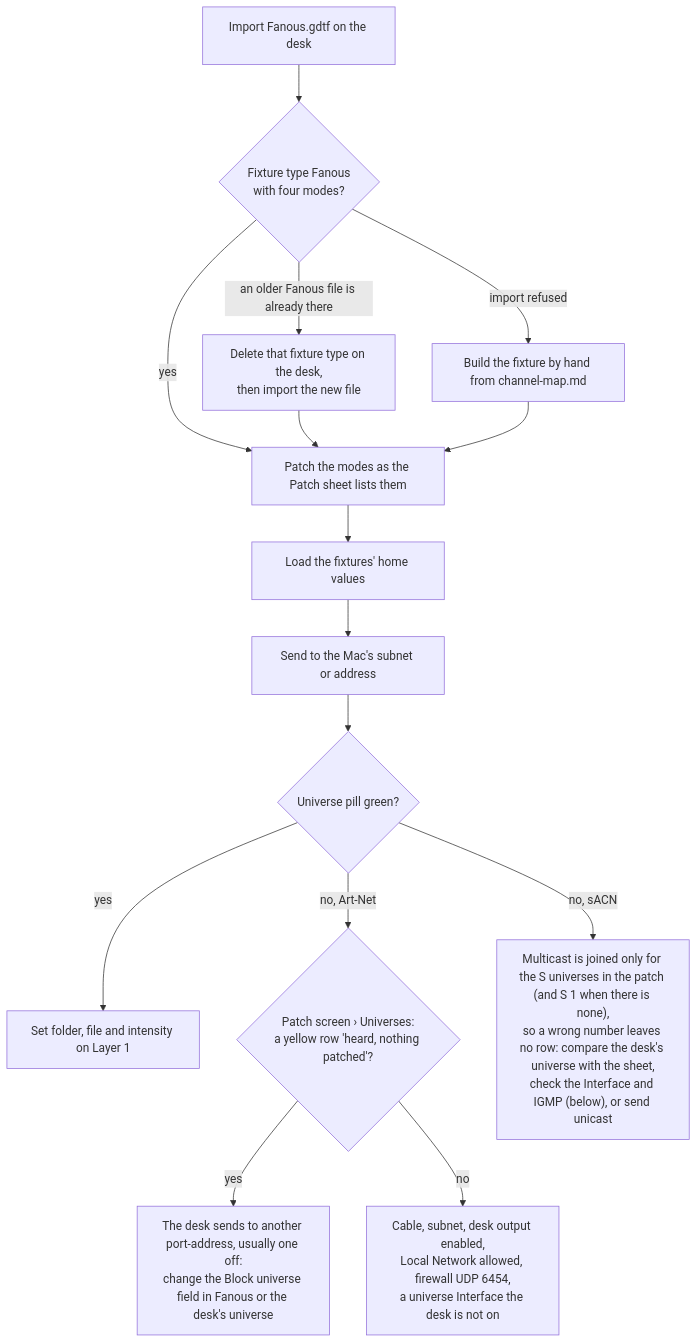
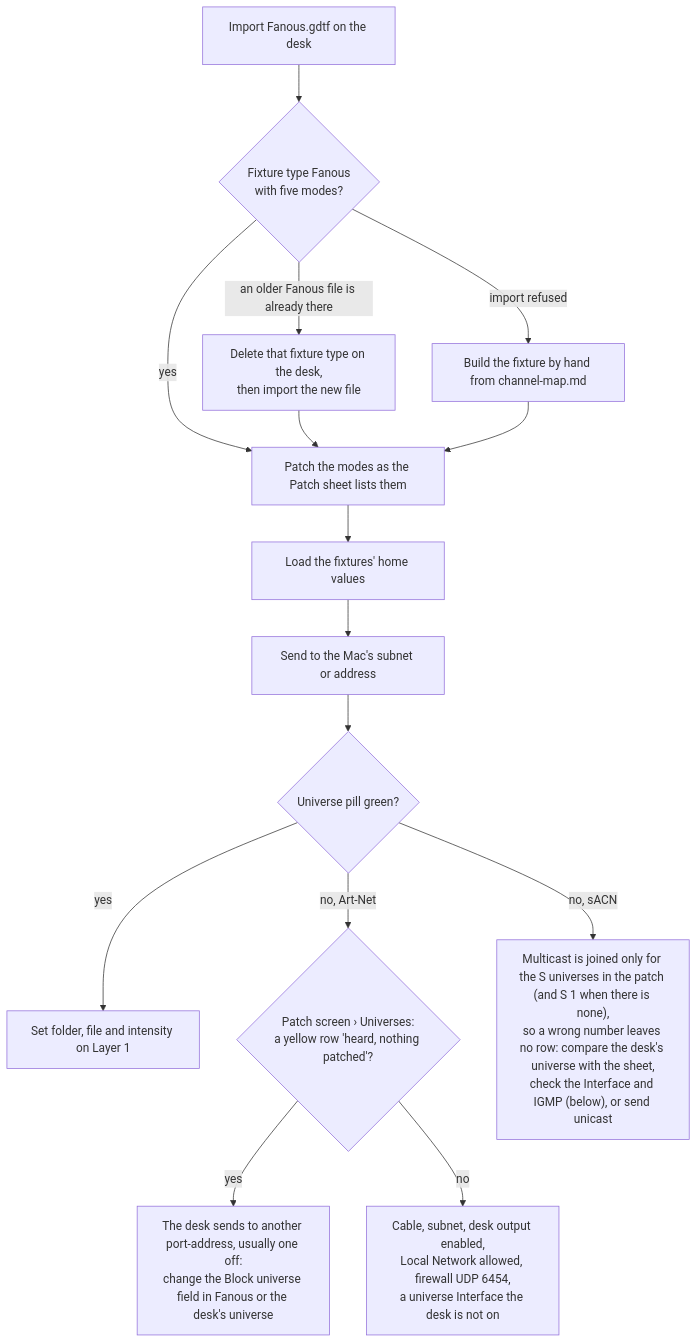
One commit to Timdebruijn/fanous changed the first of 5 diagrams in docs/user/console-setup.md. Above: the diagram before and after it, drawn with Mermaid. The commit also changed other lines of this file and 17 other files, not shown here.

````diff
--- a/docs/user/console-setup.md
+++ b/docs/user/console-setup.md
@@ -154,14 +154,14 @@
 ```mermaid
 flowchart TD
-  gdtf["Import Fanous.gdtf on the desk"] --> ok{"Fixture type Fanous<br>with four modes?"}
+  gdtf["Import Fanous.gdtf on the desk"] --> ok{"Fixture type Fanous<br>with five modes?"}
   ok -- yes --> patch["Patch the modes as the Patch sheet lists them"]
   ok -- "an older Fanous file is already there" --> again["Delete that fixture type on the desk,<br>then import the new file"] --> patch
   ok -- "import refused" --> hand["Build the fixture by hand from channel-map.md"] --> patch
   patch --> home["Load the fixtures' home values"] --> send["Send to the Mac's subnet or address"]
   send --> pill{"Universe pill green?"}
   pill -- yes --> done["Set folder, file and intensity on Layer 1"]
   pill -- "no, Art-Net" --> arow{"Patch screen › Universes:<br>a yellow row 'heard, nothing patched'?"}
   arow -- yes --> off["The desk sends to another port-address, usually one off:<br>change the Block universe field in Fanous or the desk's universe"]
   arow -- no --> net["Cable, subnet, desk output enabled,<br>Local Network allowed, firewall UDP 6454,<br>a universe Interface the desk is not on"]
   pill -- "no, sACN" --> snum["Multicast is joined only for the S universes in the patch (and S 1 when there is none),<br>so a wrong number leaves no row: compare the desk's universe with the sheet,<br>check the Interface and IGMP (below), or send unicast"]
 ```
````
